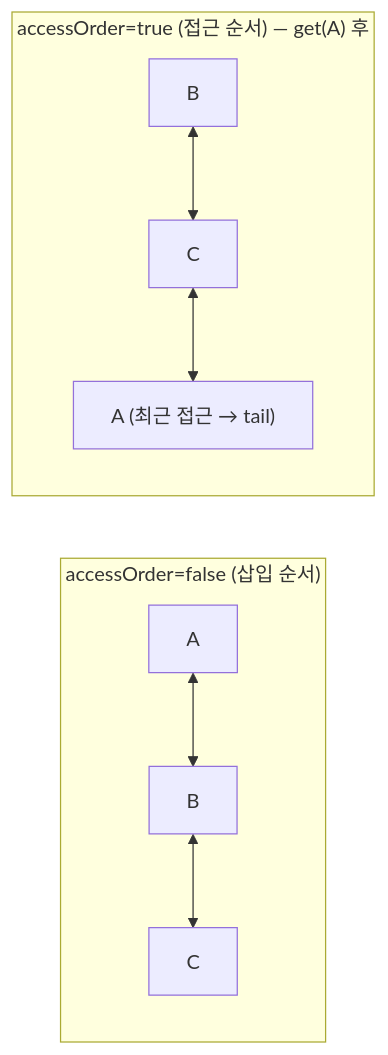
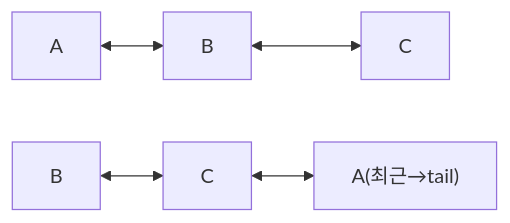
Before and after one commit to yjkim2015/yjkim2015.github.io: diagram 13 of 21 in _posts/java/2026-05-01-java-collections.md, drawn with Mermaid. The commit also changed other lines of this file and 155 other files, not shown here.

First line of the commit message:
Mermaid 전면 수정: subgraph 제거, participant/노드/줄수 축소 (342블록)

````diff
--- a/_posts/java/2026-05-01-java-collections.md
+++ b/_posts/java/2026-05-01-java-collections.md
@@ -535,9 +523,5 @@
 ```mermaid
 graph LR
-    subgraph "accessOrder=false (삽입 순서)"
-        A1["A"] <--> B1["B"] <--> C1["C"]
-    end
-    subgraph "accessOrder=true (접근 순서) — get(A) 후"
-        B2["B"] <--> C2["C"] <--> A2["A (최근 접근 → tail)"]
-    end
+    A1["A"] <--> B1["B"] <--> C1["C"]
+    B2["B"] <--> C2["C"] <--> A2["A(최근→tail)"]
 ```
````
